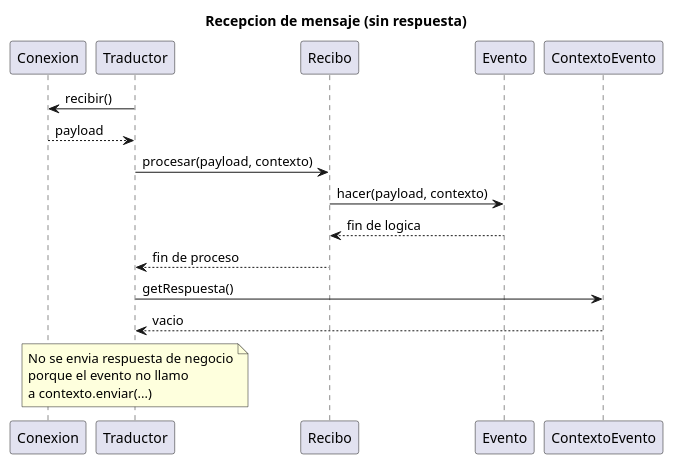
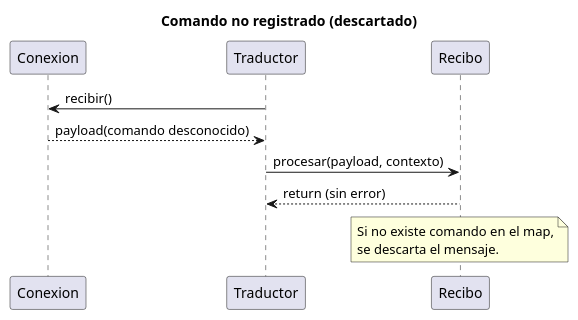
One commit to UALodv717/juegos1000tres26-odv changed the fourth of 5 diagrams in PrimeraVersionArquitectura.md. Above: the diagram before and after it, drawn with PlantUML. The commit also changed other lines of this file and 46 other files, not shown here.

````diff
--- a/PrimeraVersionArquitectura.md
+++ b/PrimeraVersionArquitectura.md
@@ -192,29 +245,20 @@
 ```plantuml
 @startuml
-title Recepcion de mensaje (sin respuesta)
+title Comando no registrado (descartado)
 
 participant Conexion
 participant Traductor
 participant Recibo
-participant Evento
-participant ContextoEvento
 
 Traductor -> Conexion : recibir()
-Conexion --> Traductor : payload
+Conexion --> Traductor : payload(comando desconocido)
+Traductor -> Recibo : procesar(payload, contexto)
+Recibo --> Traductor : return (sin error)
 
-Traductor -> Recibo : procesar(payload, contexto)
-Recibo -> Evento : hacer(payload, contexto)
-Evento --> Recibo : fin de logica
-
-Recibo --> Traductor : fin de proceso
-Traductor -> ContextoEvento : getRespuesta()
-ContextoEvento --> Traductor : vacio
-
-note over Traductor
-No se envia respuesta de negocio
-porque el evento no llamo
-a contexto.enviar(...)
+note over Recibo
+Si no existe comando en el map,
+se descarta el mensaje.
 end note
 
 @enduml
 ```
````
